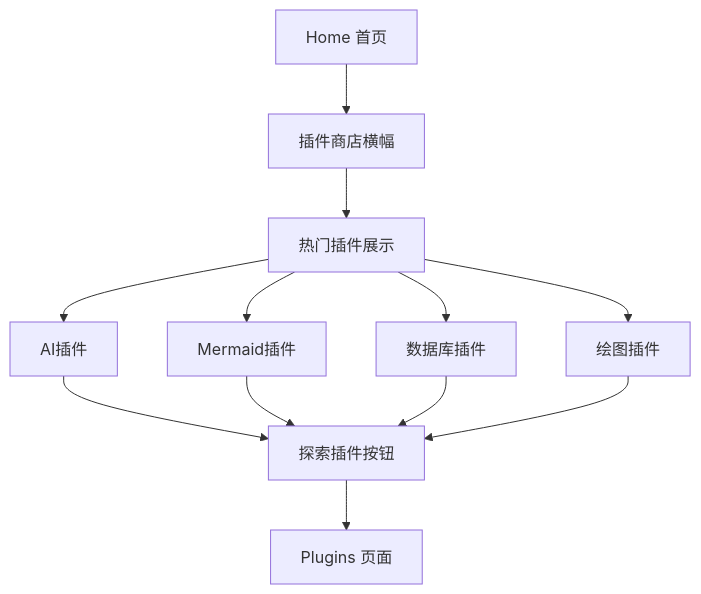
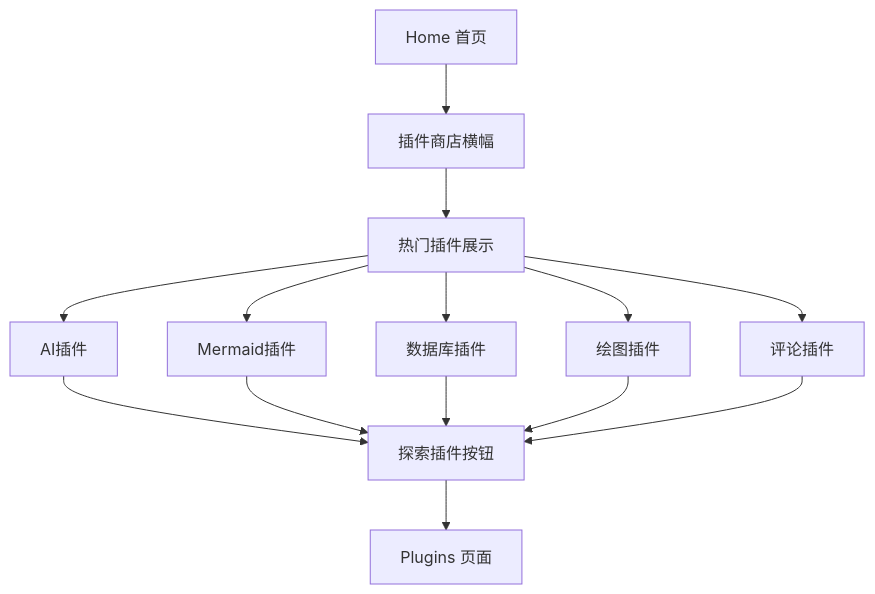
Before and after one commit to LRF0422/Kotion: diagram 14 of 22 in .qoder/repowiki/zh/content/架构设计/插件系统架构/插件系统架构.md, drawn with Mermaid. The commit also changed other lines of this file and 5 other files, not shown here.

````diff
--- a/.qoder/repowiki/zh/content/架构设计/插件系统架构/插件系统架构.md
+++ b/.qoder/repowiki/zh/content/架构设计/插件系统架构/插件系统架构.md
@@ -770,14 +894,16 @@
 ```mermaid
 graph TB
 Home["Home 首页"] --> PluginStore["插件商店横幅"]
 PluginStore --> HotPlugins["热门插件展示"]
 HotPlugins --> AIPlugin["AI插件"]
 HotPlugins --> MermaidPlugin["Mermaid插件"]
 HotPlugins --> DBPlugin["数据库插件"]
 HotPlugins --> DrawPlugin["绘图插件"]
+HotPlugins --> CommentPlugin["评论插件"]
 AIPlugin --> ExploreBtn["探索插件按钮"]
 MermaidPlugin --> ExploreBtn
 DBPlugin --> ExploreBtn
 DrawPlugin --> ExploreBtn
+CommentPlugin --> ExploreBtn
 ExploreBtn --> PluginsPage["Plugins 页面"]
 ```
````
